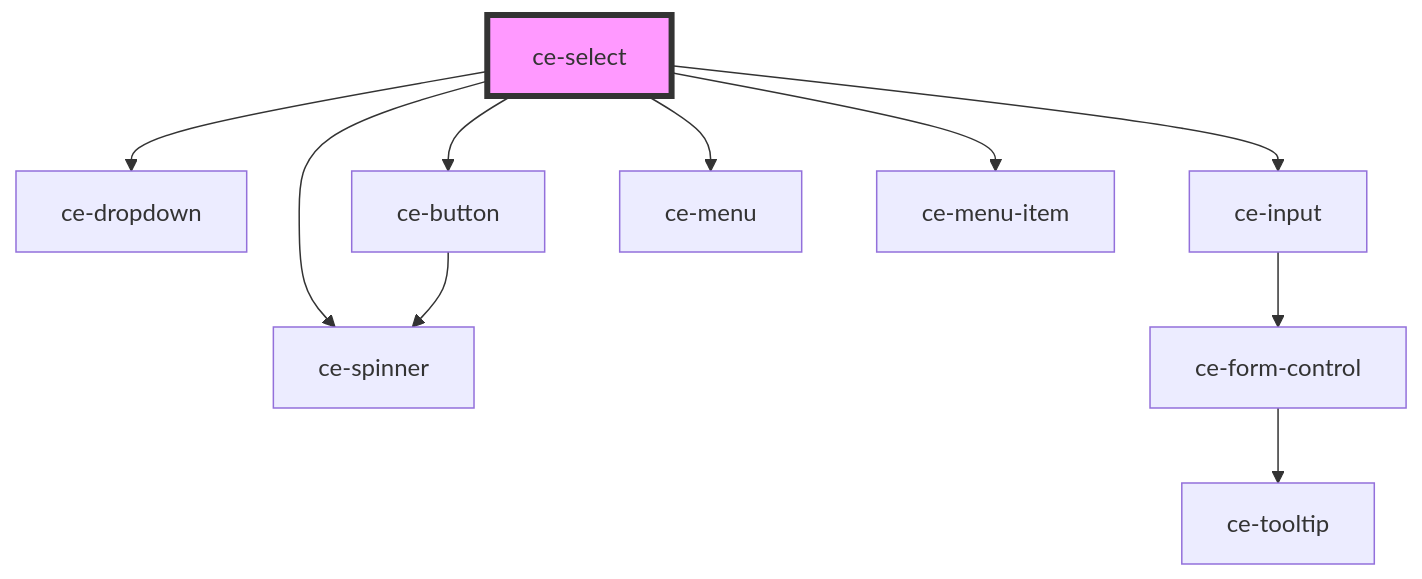
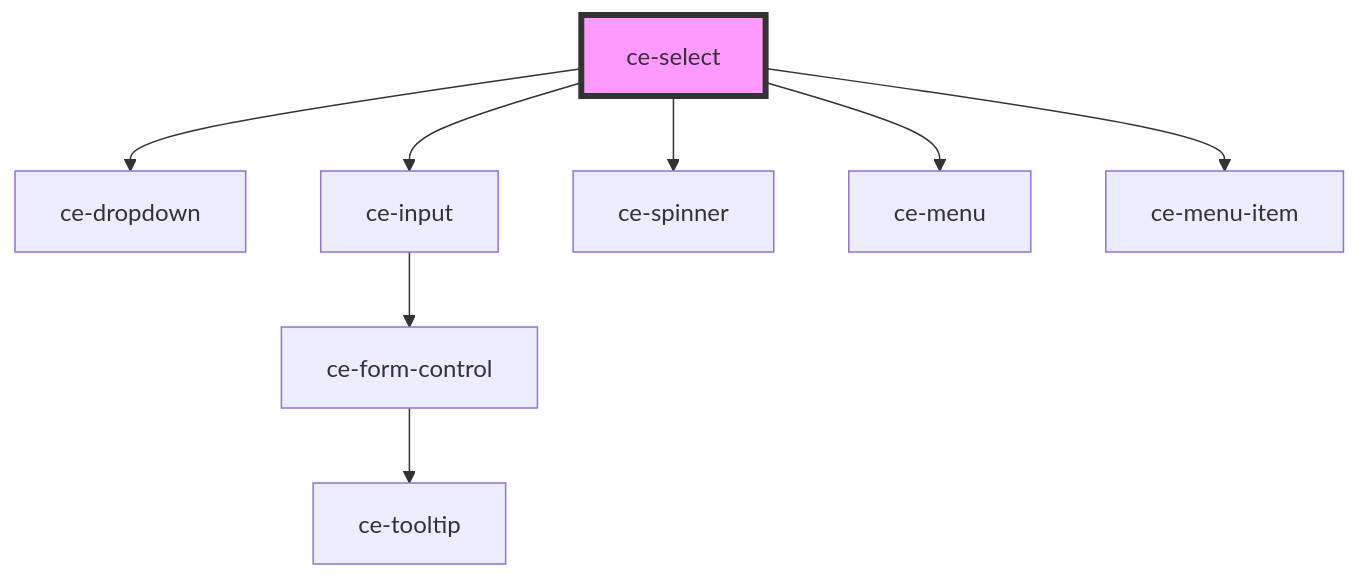
The diagram in packages/components/src/components/ui/select/readme.md (surecart/surecart-wp-plugin), drawn with Mermaid before and after one commit. The commit also changed other lines of this file and 150 other files, not shown here.

````diff
--- a/packages/components/src/components/ui/select/readme.md
+++ b/packages/components/src/components/ui/select/readme.md
@@ -71,13 +74,11 @@
 ```mermaid
 graph TD;
   ce-select --> ce-dropdown
-  ce-select --> ce-button
   ce-select --> ce-input
   ce-select --> ce-spinner
   ce-select --> ce-menu
   ce-select --> ce-menu-item
-  ce-button --> ce-spinner
   ce-input --> ce-form-control
   ce-form-control --> ce-tooltip
   style ce-select fill:#f9f,stroke:#333,stroke-width:4px
 ```
````
